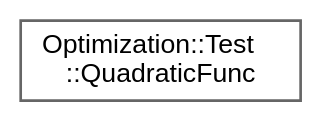
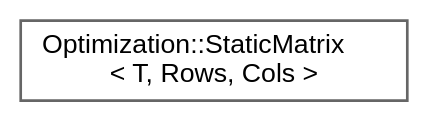
One commit to jswoo0615/Algorithms_for_Optimization_cpp changed the diagram in inherit_graph_78.dot. Above: the diagram before and after it, drawn with Graphviz. The commit also changed 108 other files, not shown here.

```diff
--- a/inherit_graph_78.dot
+++ b/inherit_graph_78.dot
@@ -1,9 +1,9 @@
 digraph "Graphical Class Hierarchy"
 {
  // LATEX_PDF_SIZE
   bgcolor="transparent";
   edge [fontname=Helvetica,fontsize=10,labelfontname=Helvetica,labelfontsize=10];
   node [fontname=Helvetica,fontsize=10,shape=box,height=0.2,width=0.4];
   rankdir="LR";
-  Node0 [id="Node000000",label="Optimization::Test\l::QuadraticFunc",height=0.2,width=0.4,color="grey40", fillcolor="white", style="filled",URL="$structOptimization_1_1Test_1_1QuadraticFunc.html",tooltip=" "];
+  Node0 [id="Node000000",label="Optimization::StaticMatrix\l\< T, Rows, Cols \>",height=0.2,width=0.4,color="grey40", fillcolor="white", style="filled",URL="$classOptimization_1_1StaticMatrix.html",tooltip="전방 선언 (Forward Declaration)"];
 }
```
